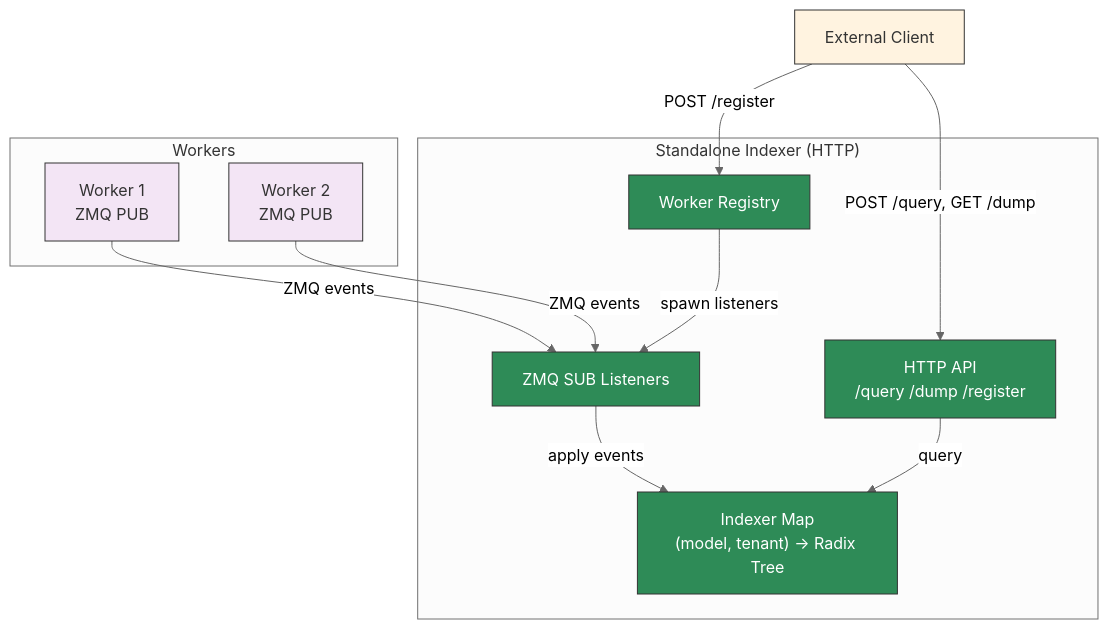
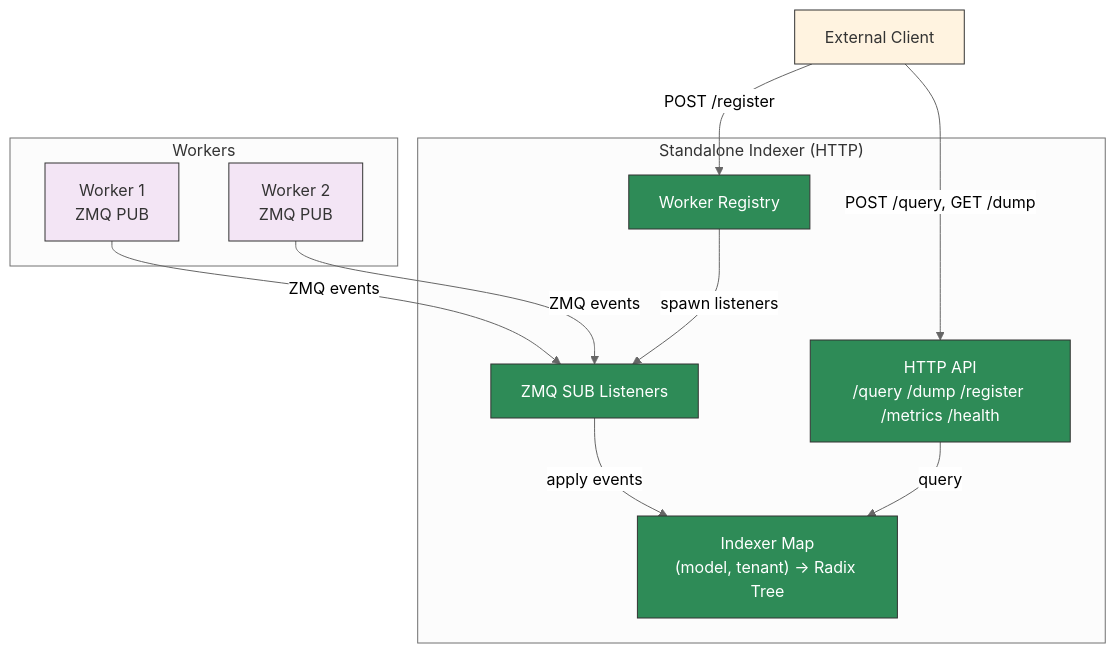
One commit to ai-dynamo/dynamo changed the first of 2 diagrams in fern/pages-dev/components/router/standalone-indexer.md. Above: the diagram before and after it, drawn with Mermaid (neutral theme). The commit also changed other lines of this file, not shown here.

````diff
--- a/fern/pages-dev/components/router/standalone-indexer.md
+++ b/fern/pages-dev/components/router/standalone-indexer.md
@@ -299,32 +323,32 @@
 ```mermaid
 graph TD
     subgraph Workers
         W1[Worker 1<br/>ZMQ PUB]
         W2[Worker 2<br/>ZMQ PUB]
     end
 
     subgraph "Standalone Indexer (HTTP)"
         REG[Worker Registry]
         ZMQ[ZMQ SUB Listeners]
         IDX["Indexer Map<br/>(model, tenant) → Radix Tree"]
-        HTTP[HTTP API<br/>/query /dump /register]
+        HTTP[HTTP API<br/>/query /dump /register /metrics /health]
     end
 
     CLIENT[External Client]
 
     W1 -->|ZMQ events| ZMQ
     W2 -->|ZMQ events| ZMQ
     CLIENT -->|POST /register| REG
     REG -->|spawn listeners| ZMQ
     ZMQ -->|apply events| IDX
     CLIENT -->|POST /query, GET /dump| HTTP
     HTTP -->|query| IDX
 
     style W1 fill:#f3e5f5,stroke:#333,color:#333
     style W2 fill:#f3e5f5,stroke:#333,color:#333
     style IDX fill:#2e8b57,stroke:#333,color:#fff
     style ZMQ fill:#2e8b57,stroke:#333,color:#fff
     style REG fill:#2e8b57,stroke:#333,color:#fff
     style HTTP fill:#2e8b57,stroke:#333,color:#fff
     style CLIENT fill:#fff3e0,stroke:#333,color:#333
 ```
````
